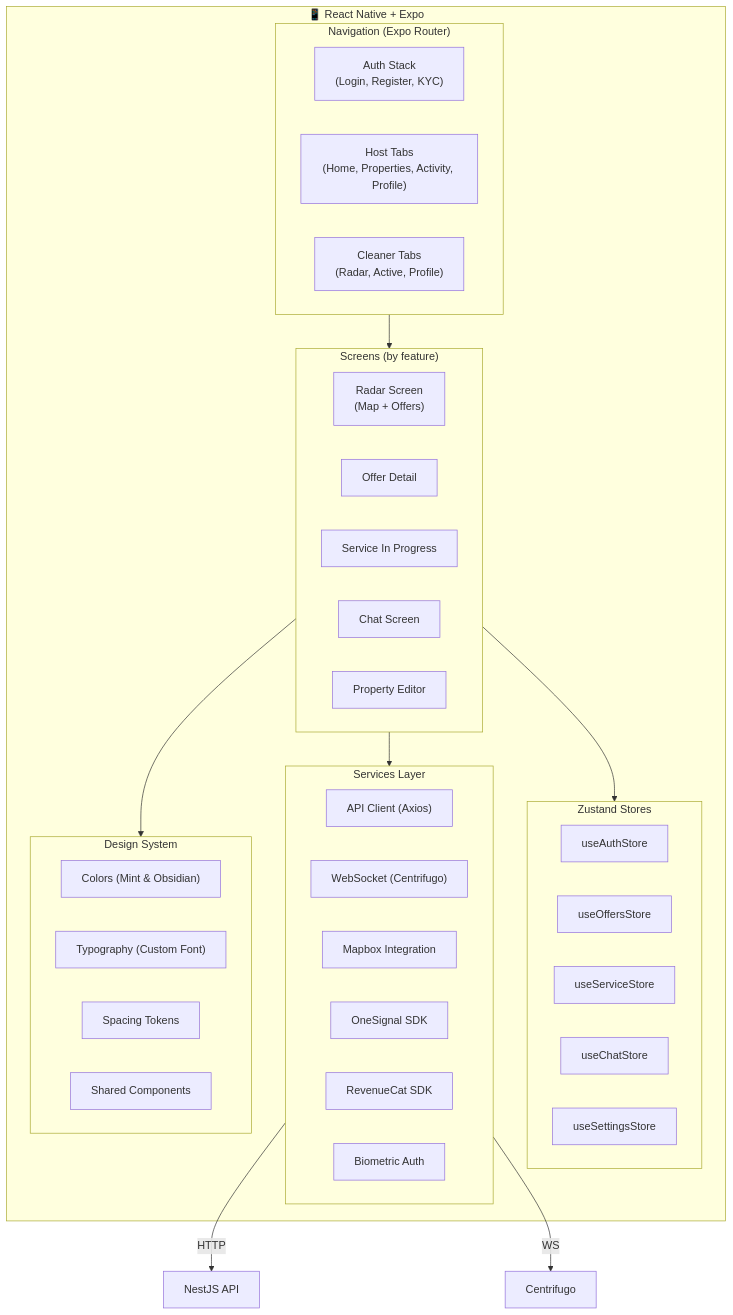
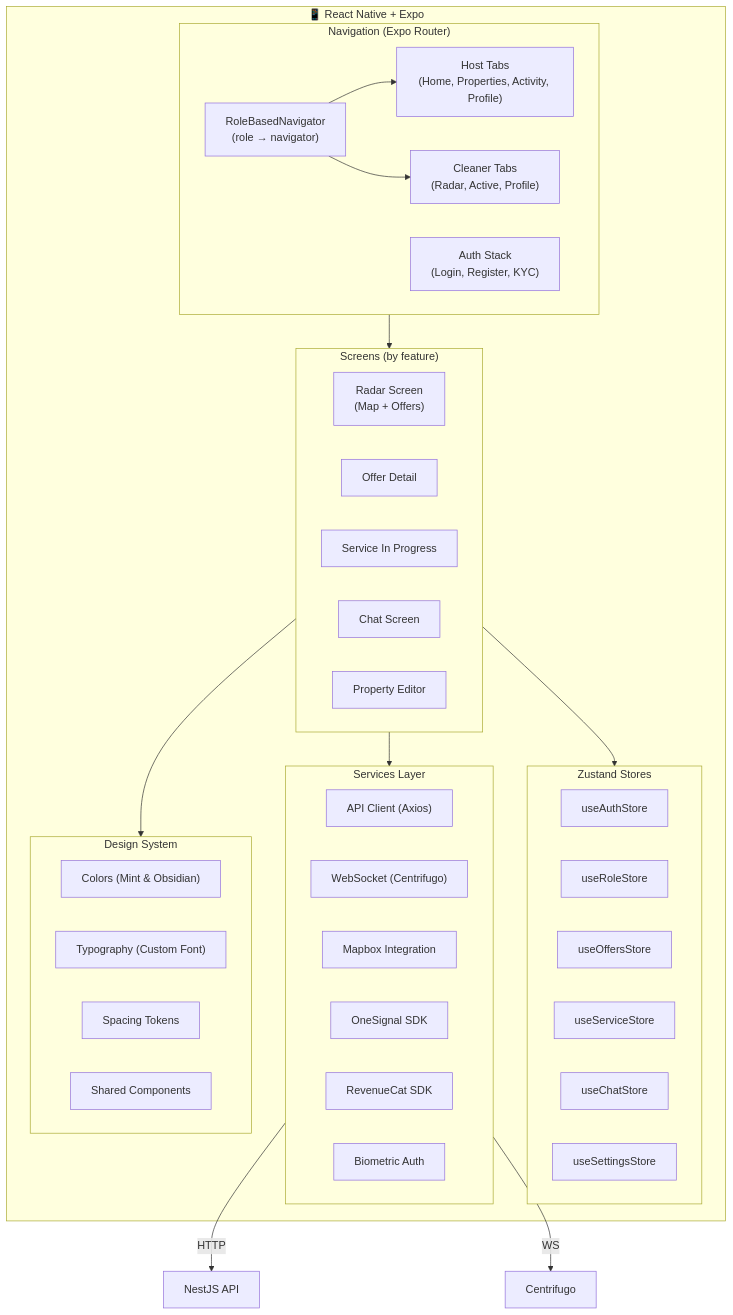
Before and after one commit to Sebastiandg007/bidclean: the second of 6 diagrams in docs/ARCHITECTURE.md, drawn with Mermaid. The commit also changed 9 other files, not shown here.

Commit message:
feat(mobile): add role-based navigation router

````diff
--- a/docs/ARCHITECTURE.md
+++ b/docs/ARCHITECTURE.md
@@ -96,49 +96,53 @@
 ```mermaid
 graph TB
     subgraph App["📱 React Native + Expo"]
         subgraph Navigation["Navigation (Expo Router)"]
+            RoleRouter["RoleBasedNavigator<br/>(role → navigator)"]
             AuthStack["Auth Stack<br/>(Login, Register, KYC)"]
             HostTabs["Host Tabs<br/>(Home, Properties, Activity, Profile)"]
             CleanerTabs["Cleaner Tabs<br/>(Radar, Active, Profile)"]
         end
 
         subgraph Screens["Screens (by feature)"]
             Radar["Radar Screen<br/>(Map + Offers)"]
             OfferDetail["Offer Detail"]
             Service["Service In Progress"]
             Chat["Chat Screen"]
             PropertyEdit["Property Editor"]
         end
 
         subgraph Stores["Zustand Stores"]
             AuthStore["useAuthStore"]
+            RoleStore["useRoleStore"]
             OffersStore["useOffersStore"]
             ServiceStore["useServiceStore"]
             ChatStore["useChatStore"]
             SettingsStore["useSettingsStore"]
         end
 
         subgraph Services["Services Layer"]
             APIService["API Client (Axios)"]
             SocketService["WebSocket (Centrifugo)"]
             MapService["Mapbox Integration"]
             NotifService["OneSignal SDK"]
             PurchaseService["RevenueCat SDK"]
             BiometricService["Biometric Auth"]
         end
 
         subgraph Theme["Design System"]
             Colors["Colors (Mint & Obsidian)"]
             Typography["Typography (Custom Font)"]
             Spacing["Spacing Tokens"]
             Components["Shared Components"]
         end
     end
 
     Navigation --> Screens
+    RoleRouter --> HostTabs
+    RoleRouter --> CleanerTabs
     Screens --> Stores
     Screens --> Services
     Screens --> Theme
     Services --> |"HTTP"| API["NestJS API"]
     Services --> |"WS"| WS["Centrifugo"]
 ```
````
